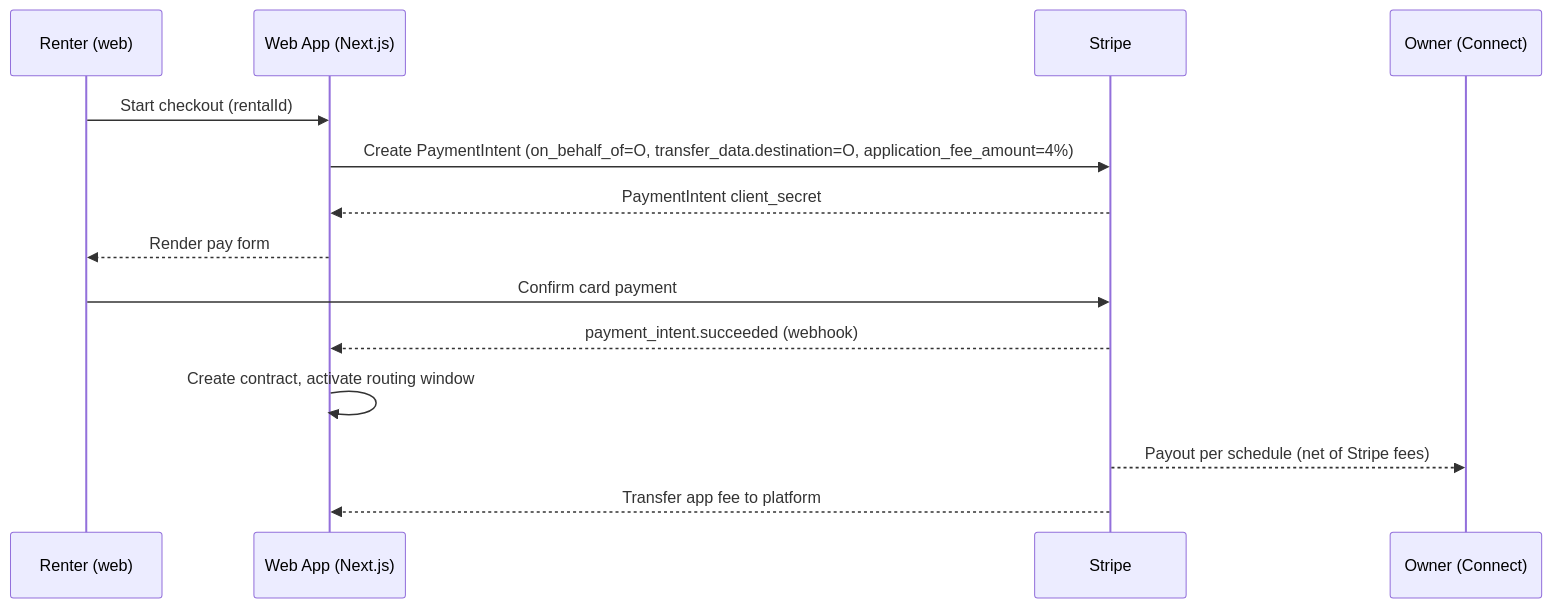
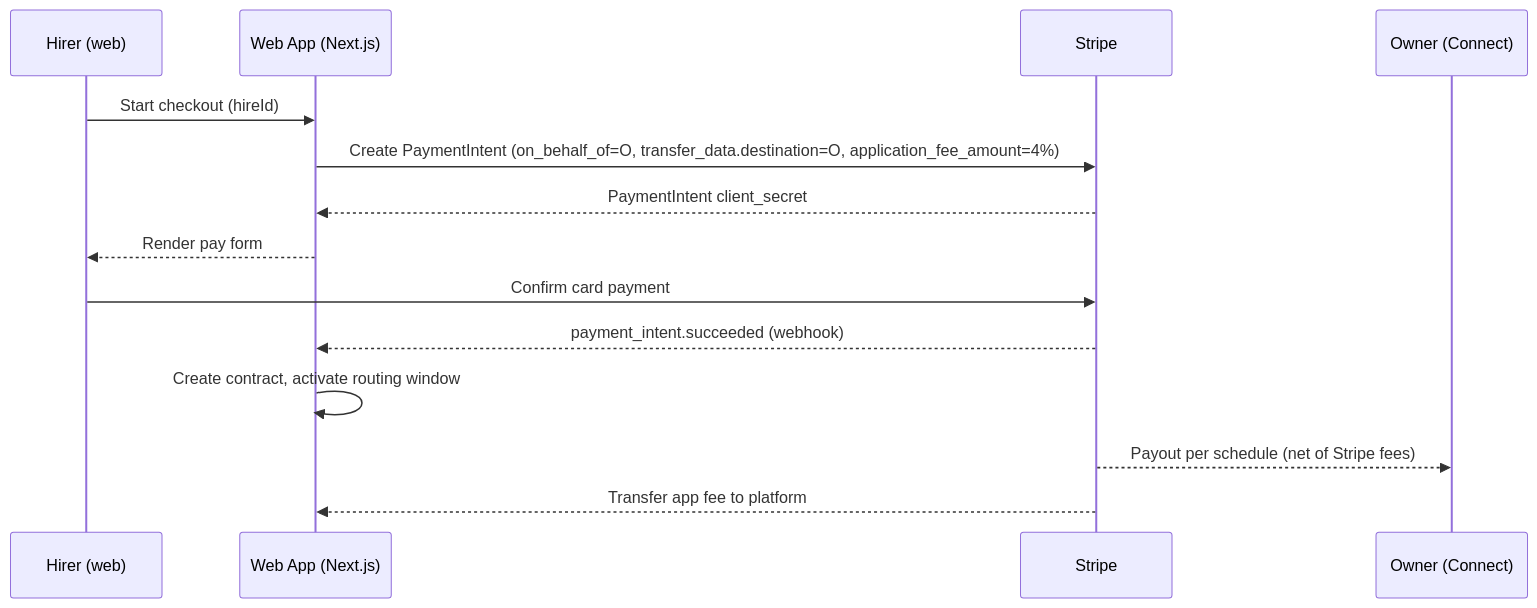
Before and after one commit to stevejford/anytimereview: the first of 2 diagrams in apps/domainmarketplace/docs/payments/stripe-connect-flows.md, drawn with Mermaid. The commit also changed other lines of this file and 214 other files, not shown here.

Commit message:
refactor: implement verification comments - fix redirector schema, billing date type, UI terminology, and docs

````diff
--- a/apps/domainmarketplace/docs/payments/stripe-connect-flows.md
+++ b/apps/domainmarketplace/docs/payments/stripe-connect-flows.md
@@ -13,17 +13,17 @@
 ```mermaid
 sequenceDiagram
-participant R as Renter (web)
+participant R as Hirer (web)
 participant W as Web App (Next.js)
 participant S as Stripe
 participant O as Owner (Connect)
 
-R->>W: Start checkout (rentalId)
+R->>W: Start checkout (hireId)
 W->>S: Create PaymentIntent (on_behalf_of=O, transfer_data.destination=O, application_fee_amount=4%)
 S-->>W: PaymentIntent client_secret
 W-->>R: Render pay form
 R->>S: Confirm card payment
 S-->>W: payment_intent.succeeded (webhook)
 W->>W: Create contract, activate routing window
 S-->>O: Payout per schedule (net of Stripe fees)
 S-->>W: Transfer app fee to platform
 ```
````
